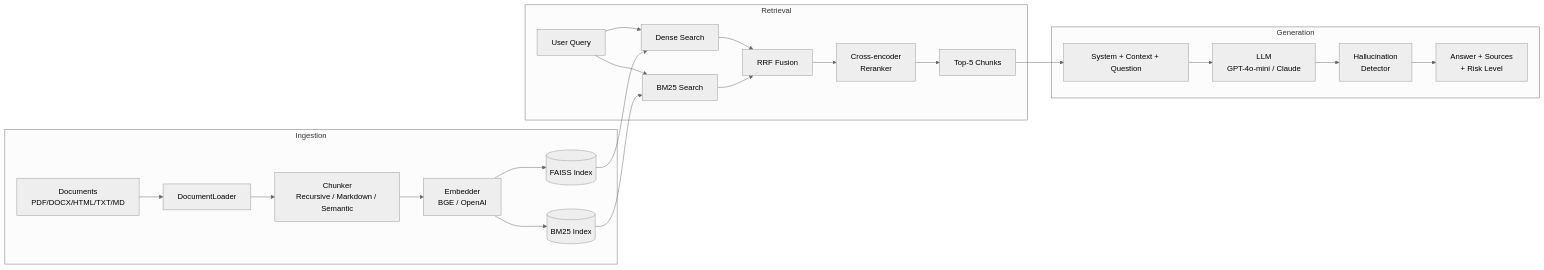
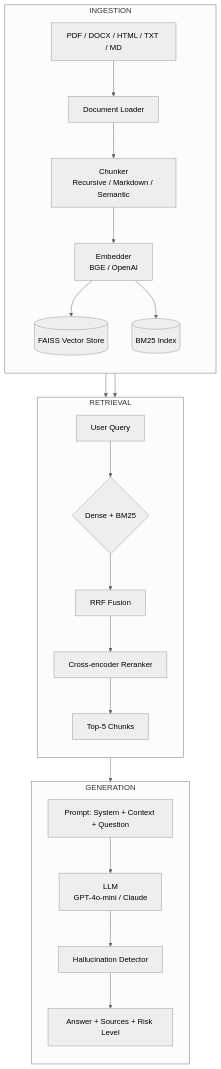
One commit to Ahmed-Tahry/Enterprise-Rag-Pipeline changed the diagram in README.md. Above: the diagram before and after it, drawn with Mermaid (neutral theme).

Commit message:
Clean architecture Mermaid diagram

````diff
--- a/README.md
+++ b/README.md
@@ -9,29 +9,29 @@
 ```mermaid
-flowchart LR
-    subgraph Ingestion
-        A[Documents<br/>PDF/DOCX/HTML/TXT/MD] --> B[DocumentLoader]
-        B --> C[Chunker<br/>Recursive / Markdown / Semantic]
-        C --> D[Embedder<br/>BGE / OpenAI]
-        D --> E[(FAISS Index)]
-        D --> F[(BM25 Index)]
+flowchart TB
+    subgraph INGESTION
+        direction TB
+        A1[PDF / DOCX / HTML / TXT / MD] --> A2[Document Loader]
+        A2 --> A3[Chunker<br>Recursive / Markdown / Semantic]
+        A3 --> A4[Embedder<br>BGE / OpenAI]
+        A4 --> A5[(FAISS Vector Store)]
+        A4 --> A6[(BM25 Index)]
     end
 
-    subgraph Retrieval
-        G[User Query] --> H[Dense Search]
-        G --> I[BM25 Search]
-        H --> J[RRF Fusion]
-        I --> J
-        J --> K[Cross-encoder<br/>Reranker]
-        K --> L[Top-5 Chunks]
+    subgraph RETRIEVAL
+        direction TB
+        B1[User Query] --> B2{Dense + BM25}
+        A5 --> B2
+        A6 --> B2
+        B2 --> B3[RRF Fusion]
+        B3 --> B4[Cross-encoder Reranker]
+        B4 --> B5[Top-5 Chunks]
     end
 
-    subgraph Generation
-        M[System + Context + Question] --> N[LLM<br/>GPT-4o-mini / Claude]
-        N --> O[Hallucination<br/>Detector]
-        O --> P[Answer + Sources<br/>+ Risk Level]
+    subgraph GENERATION
+        direction TB
+        B5 --> C1[Prompt: System + Context + Question]
+        C1 --> C2[LLM<br>GPT-4o-mini / Claude]
+        C2 --> C3[Hallucination Detector]
+        C3 --> C4[Answer + Sources + Risk Level]
     end
-
-    E --> H
-    F --> I
-    L --> M
 ```
````
